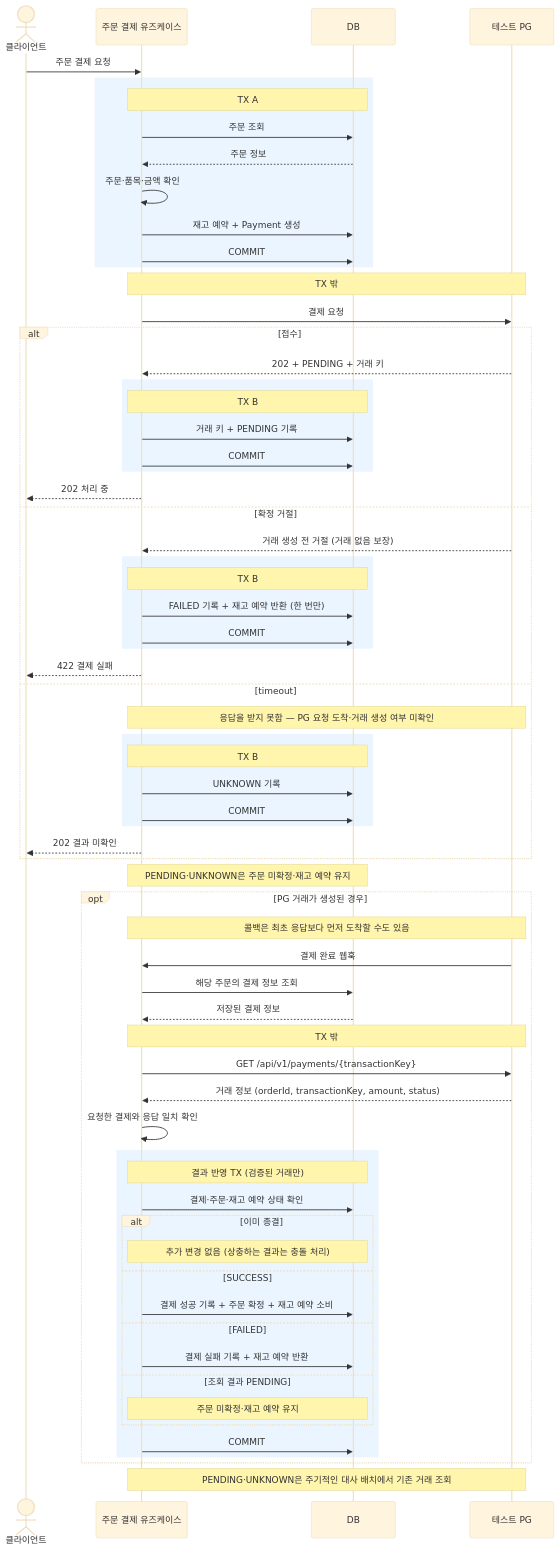
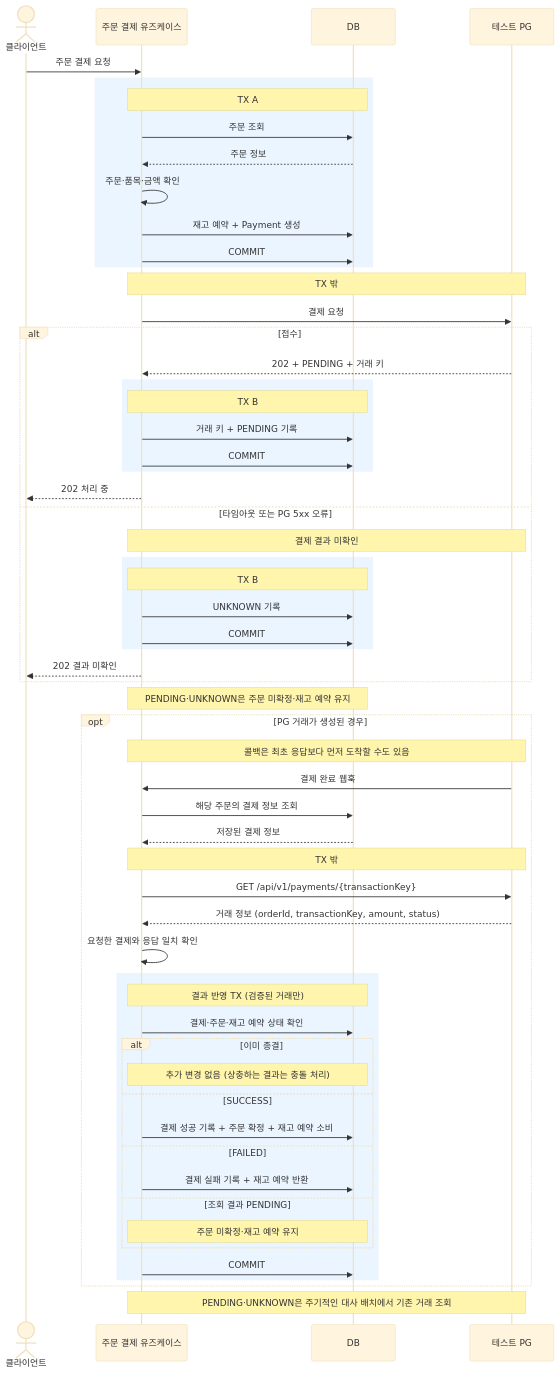
The diagram in docs/week5/payment-sequence.md (jeongye01/loop-pack-be-l2-vol5-java), drawn with Mermaid (base theme) before and after one commit. The commit also changed 8 other files, not shown here.

````diff
--- a/docs/week5/payment-sequence.md
+++ b/docs/week5/payment-sequence.md
@@ -3,71 +3,63 @@
 ```mermaid
 sequenceDiagram
     actor Client as 클라이언트
     participant App as 주문 결제 유즈케이스
     participant DB as DB
     participant PG as 테스트 PG
 
     Client->>App: 주문 결제 요청
     rect rgb(235, 245, 255)
         Note over App,DB: TX A
         App->>DB: 주문 조회
         DB-->>App: 주문 정보
         App->>App: 주문·품목·금액 확인
         App->>DB: 재고 예약 + Payment 생성
         App->>DB: COMMIT
     end
     Note over App,PG: TX 밖
     App->>PG: 결제 요청
     alt 접수
         PG-->>App: 202 + PENDING + 거래 키
         rect rgb(235, 245, 255)
             Note over App,DB: TX B
             App->>DB: 거래 키 + PENDING 기록
             App->>DB: COMMIT
         end
         App-->>Client: 202 처리 중
-    else 확정 거절
-        PG-->>App: 거래 생성 전 거절 (거래 없음 보장)
-        rect rgb(235, 245, 255)
-            Note over App,DB: TX B
-            App->>DB: FAILED 기록 + 재고 예약 반환 (한 번만)
-            App->>DB: COMMIT
-        end
-        App-->>Client: 422 결제 실패
-    else timeout
-        Note over App,PG: 응답을 받지 못함 — PG 요청 도착·거래 생성 여부 미확인
+    else 타임아웃 또는 PG 5xx 오류
+        Note over App,PG: 결제 결과 미확인
         rect rgb(235, 245, 255)
             Note over App,DB: TX B
             App->>DB: UNKNOWN 기록
             App->>DB: COMMIT
         end
         App-->>Client: 202 결과 미확인
     end
     Note over App,DB: PENDING·UNKNOWN은 주문 미확정·재고 예약 유지
 
     opt PG 거래가 생성된 경우
         Note over App,PG: 콜백은 최초 응답보다 먼저 도착할 수도 있음
         PG->>App: 결제 완료 웹훅
         App->>DB: 해당 주문의 결제 정보 조회
         DB-->>App: 저장된 결제 정보
         Note over App,PG: TX 밖
         App->>PG: GET /api/v1/payments/{transactionKey}
         PG-->>App: 거래 정보 (orderId, transactionKey, amount, status)
         App->>App: 요청한 결제와 응답 일치 확인
         rect rgb(235, 245, 255)
             Note over App,DB: 결과 반영 TX (검증된 거래만)
             App->>DB: 결제·주문·재고 예약 상태 확인
             alt 이미 종결
                 Note over App,DB: 추가 변경 없음 (상충하는 결과는 충돌 처리)
             else SUCCESS
                 App->>DB: 결제 성공 기록 + 주문 확정 + 재고 예약 소비
             else FAILED
                 App->>DB: 결제 실패 기록 + 재고 예약 반환
             else 조회 결과 PENDING
                 Note over App,DB: 주문 미확정·재고 예약 유지
             end
             App->>DB: COMMIT
         end
     end
     Note over App,PG: PENDING·UNKNOWN은 주기적인 대사 배치에서 기존 거래 조회
 ```
````
